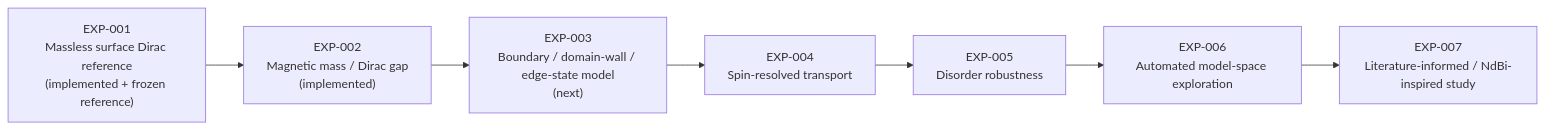
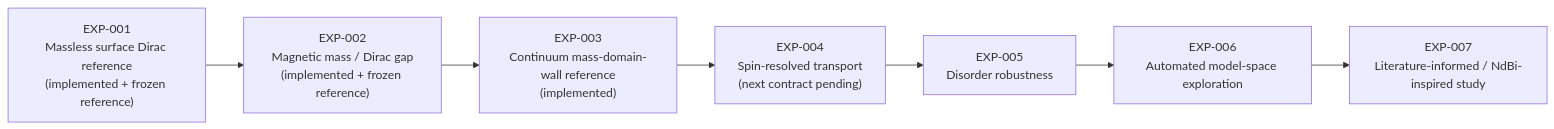
One commit to hopeless-t/topological-spin-lab changed the second of 2 diagrams in README.md. Above: the diagram before and after it, drawn with Mermaid. The commit also changed other lines of this file and 22 other files, not shown here.

First line of the commit message:
exp003: add continuum mass-domain-wall reference

````diff
--- a/README.md
+++ b/README.md
@@ -313,12 +355,12 @@
 ```mermaid
 flowchart LR
     E1["EXP-001<br/>Massless surface Dirac reference<br/>(implemented + frozen reference)"]
-    E2["EXP-002<br/>Magnetic mass / Dirac gap<br/>(implemented)"]
-    E3["EXP-003<br/>Boundary / domain-wall / edge-state model<br/>(next)"]
-    E4["EXP-004<br/>Spin-resolved transport"]
+    E2["EXP-002<br/>Magnetic mass / Dirac gap<br/>(implemented + frozen reference)"]
+    E3["EXP-003<br/>Continuum mass-domain-wall reference<br/>(implemented)"]
+    E4["EXP-004<br/>Spin-resolved transport<br/>(next contract pending)"]
     E5["EXP-005<br/>Disorder robustness"]
     E6["EXP-006<br/>Automated model-space exploration"]
     E7["EXP-007<br/>Literature-informed / NdBi-inspired study"]
 
     E1 --> E2 --> E3 --> E4 --> E5 --> E6 --> E7
 ```
````
